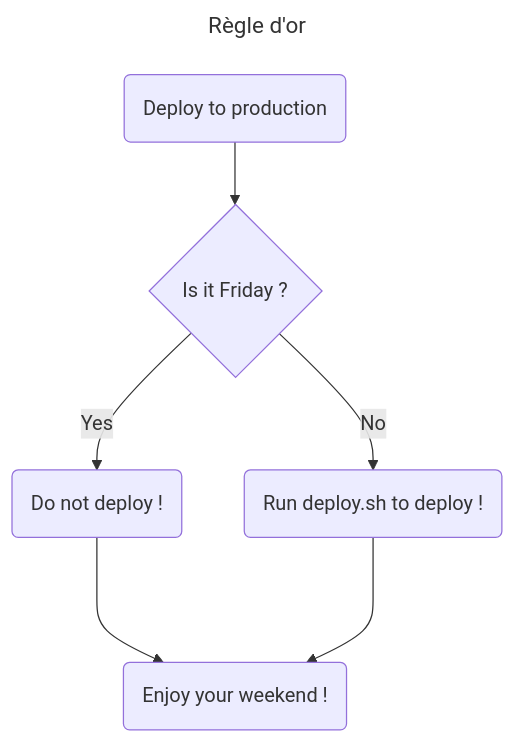
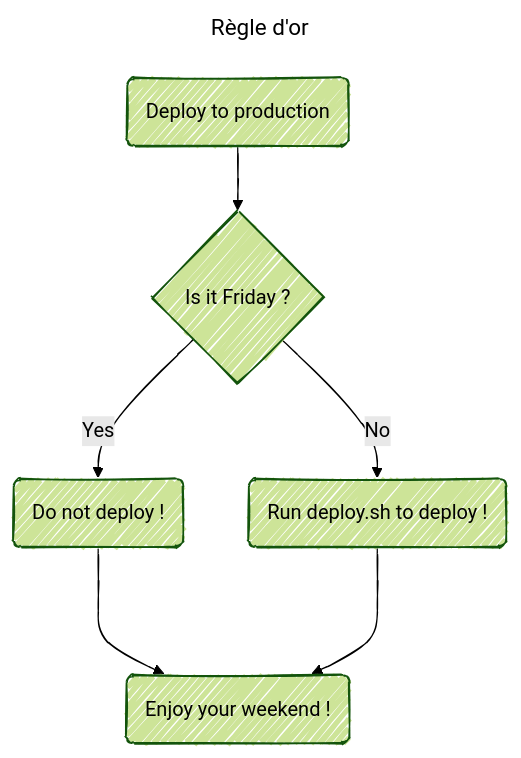
One commit to jcd717/test changed the diagram in README.md. Above: the diagram before and after it, drawn with Mermaid.

````diff
--- a/README.md
+++ b/README.md
@@ -3,11 +3,14 @@
 ```mermaid
 ---
 title: Règle d'or
+config:
+  look: handDrawn
+  theme: forest
 ---
 flowchart TD;
   A(Deploy to production) --> B{Is it Friday ?};
   B -- Yes --> C(Do not deploy !);
   B -- No --> D(Run deploy.sh to deploy !);
   C ---> E(Enjoy your weekend !);
   D ---> E;
 ```
````
